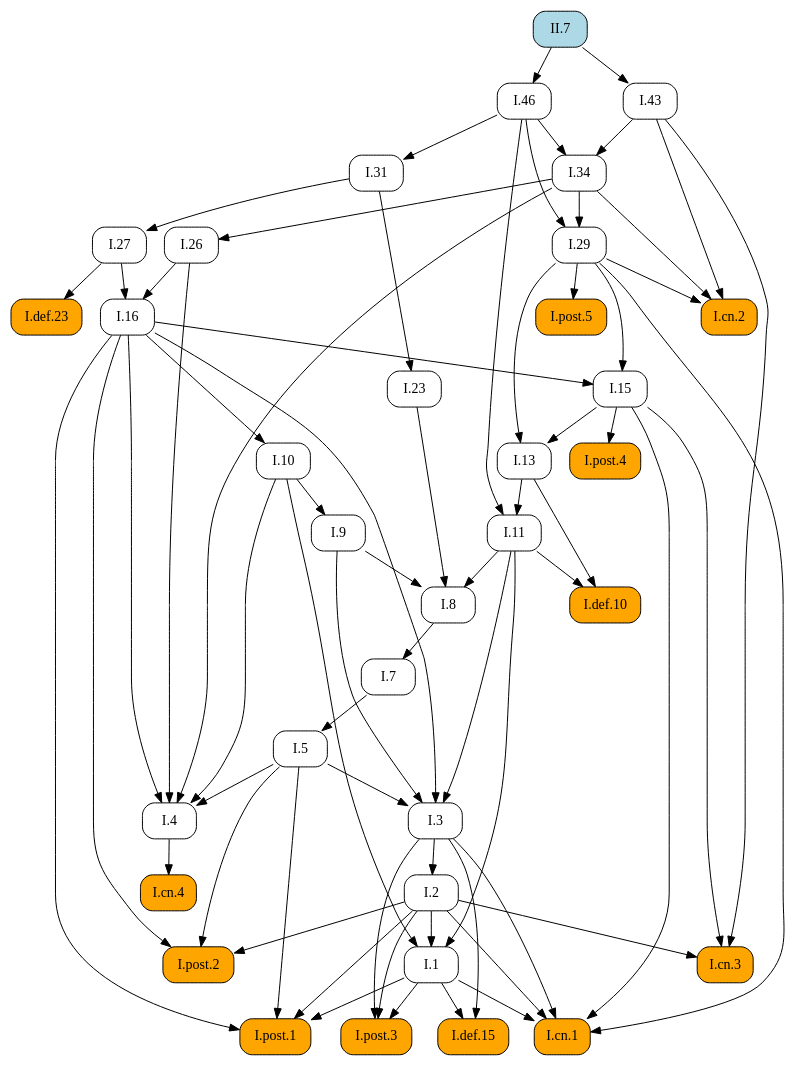
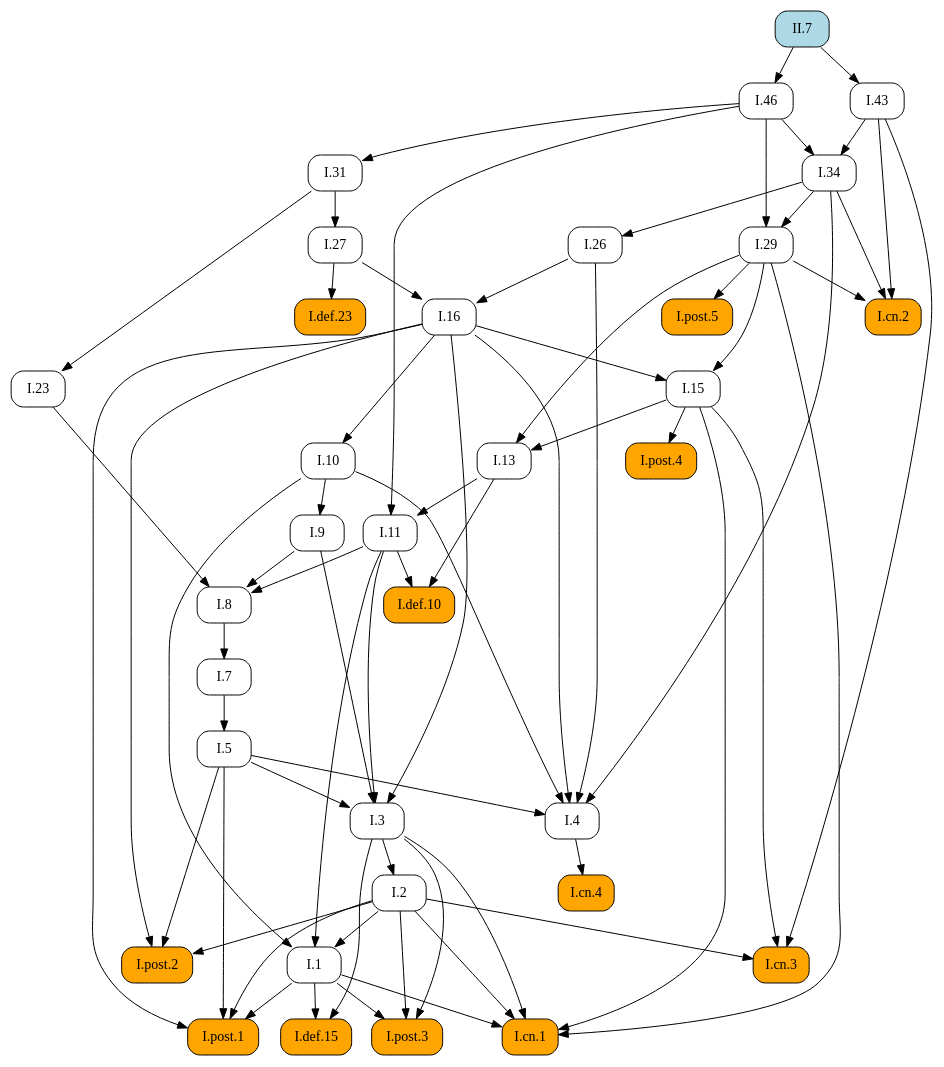
One commit to geometor/elements changed the diagram in docsrc/elements2/II/7/index.rst. Above: the diagram before and after it, drawn with Graphviz. The commit also changed other lines of this file and 409 other files, not shown here.

First line of the commit message:
feat: Add image cropping and graphic extraction script

```diff
--- a/docsrc/elements2/II/7/index.rst
+++ b/docsrc/elements2/II/7/index.rst
@@ -60,105 +60,105 @@
    digraph {
      rankdir="TB";
      node [shape=box, style=rounded];
+     "I.43" [URL="/elements2/I/43/", target="_top"];
+     "I.31" [URL="/elements2/I/31/", target="_top"];
      "I.8" [URL="/elements2/I/8/", target="_top"];
+     "I.15" [URL="/elements2/I/15/", target="_top"];
+     "I.5" [URL="/elements2/I/5/", target="_top"];
+     "I.26" [URL="/elements2/I/26/", target="_top"];
+     "I.cn.1" [style="rounded,filled", fillcolor=orange, URL="/elements2/I/cn.1/", target="_top"];
+     "I.7" [URL="/elements2/I/7/", target="_top"];
+     "I.23" [URL="/elements2/I/23/", target="_top"];
+     "I.16" [URL="/elements2/I/16/", target="_top"];
+     "I.34" [URL="/elements2/I/34/", target="_top"];
+     "I.def.15" [style="rounded,filled", fillcolor=orange, URL="/elements2/I/def.15/", target="_top"];
      "I.46" [URL="/elements2/I/46/", target="_top"];
+     "I.def.10" [style="rounded,filled", fillcolor=orange, URL="/elements2/I/def.10/", target="_top"];
+     "I.11" [URL="/elements2/I/11/", target="_top"];
+     "I.post.4" [style="rounded,filled", fillcolor=orange, URL="/elements2/I/post.4/", target="_top"];
+     "I.def.23" [style="rounded,filled", fillcolor=orange, URL="/elements2/I/def.23/", target="_top"];
+     "I.post.5" [style="rounded,filled", fillcolor=orange, URL="/elements2/I/post.5/", target="_top"];
+     "I.3" [URL="/elements2/I/3/", target="_top"];
+     "I.10" [URL="/elements2/I/10/", target="_top"];
+     "I.cn.3" [style="rounded,filled", fillcolor=orange, URL="/elements2/I/cn.3/", target="_top"];
+     "I.13" [URL="/elements2/I/13/", target="_top"];
+     "I.4" [URL="/elements2/I/4/", target="_top"];
+     "I.post.3" [style="rounded,filled", fillcolor=orange, URL="/elements2/I/post.3/", target="_top"];
+     "I.9" [URL="/elements2/I/9/", target="_top"];
+     "I.29" [URL="/elements2/I/29/", target="_top"];
+     "II.7" [style="rounded,filled", fillcolor=lightblue, URL="/elements2/II/7/", target="_top"];
      "I.post.1" [style="rounded,filled", fillcolor=orange, URL="/elements2/I/post.1/", target="_top"];
-     "I.5" [URL="/elements2/I/5/", target="_top"];
-     "I.post.5" [style="rounded,filled", fillcolor=orange, URL="/elements2/I/post.5/", target="_top"];
-     "I.def.10" [style="rounded,filled", fillcolor=orange, URL="/elements2/I/def.10/", target="_top"];
-     "I.cn.2" [style="rounded,filled", fillcolor=orange, URL="/elements2/I/cn.2/", target="_top"];
-     "I.def.15" [style="rounded,filled", fillcolor=orange, URL="/elements2/I/def.15/", target="_top"];
-     "I.31" [URL="/elements2/I/31/", target="_top"];
-     "I.11" [URL="/elements2/I/11/", target="_top"];
-     "I.43" [URL="/elements2/I/43/", target="_top"];
-     "I.3" [URL="/elements2/I/3/", target="_top"];
-     "I.def.23" [style="rounded,filled", fillcolor=orange, URL="/elements2/I/def.23/", target="_top"];
-     "I.post.2" [style="rounded,filled", fillcolor=orange, URL="/elements2/I/post.2/", target="_top"];
-     "I.26" [URL="/elements2/I/26/", target="_top"];
-     "I.cn.3" [style="rounded,filled", fillcolor=orange, URL="/elements2/I/cn.3/", target="_top"];
-     "I.1" [URL="/elements2/I/1/", target="_top"];
-     "I.cn.4" [style="rounded,filled", fillcolor=orange, URL="/elements2/I/cn.4/", target="_top"];
-     "II.7" [style="rounded,filled", fillcolor=lightblue, URL="/elements2/II/7/", target="_top"];
-     "I.7" [URL="/elements2/I/7/", target="_top"];
-     "I.9" [URL="/elements2/I/9/", target="_top"];
-     "I.cn.1" [style="rounded,filled", fillcolor=orange, URL="/elements2/I/cn.1/", target="_top"];
-     "I.29" [URL="/elements2/I/29/", target="_top"];
-     "I.16" [URL="/elements2/I/16/", target="_top"];
-     "I.post.4" [style="rounded,filled", fillcolor=orange, URL="/elements2/I/post.4/", target="_top"];
-     "I.13" [URL="/elements2/I/13/", target="_top"];
      "I.2" [URL="/elements2/I/2/", target="_top"];
      "I.27" [URL="/elements2/I/27/", target="_top"];
-     "I.4" [URL="/elements2/I/4/", target="_top"];
-     "I.10" [URL="/elements2/I/10/", target="_top"];
-     "I.15" [URL="/elements2/I/15/", target="_top"];
-     "I.34" [URL="/elements2/I/34/", target="_top"];
-     "I.23" [URL="/elements2/I/23/", target="_top"];
-     "I.post.3" [style="rounded,filled", fillcolor=orange, URL="/elements2/I/post.3/", target="_top"];
+     "I.1" [URL="/elements2/I/1/", target="_top"];
+     "I.cn.2" [style="rounded,filled", fillcolor=orange, URL="/elements2/I/cn.2/", target="_top"];
+     "I.cn.4" [style="rounded,filled", fillcolor=orange, URL="/elements2/I/cn.4/", target="_top"];
+     "I.post.2" [style="rounded,filled", fillcolor=orange, URL="/elements2/I/post.2/", target="_top"];
+     "II.7" -> "I.43";
+     "I.46" -> "I.31";
      "I.9" -> "I.8";
      "I.11" -> "I.8";
      "I.23" -> "I.8";
-     "II.7" -> "I.46";
-     "I.1" -> "I.post.1";
-     "I.2" -> "I.post.1";
-     "I.5" -> "I.post.1";
-     "I.16" -> "I.post.1";
+     "I.16" -> "I.15";
+     "I.29" -> "I.15";
      "I.7" -> "I.5";
-     "I.29" -> "I.post.5";
-     "I.11" -> "I.def.10";
-     "I.13" -> "I.def.10";
-     "I.29" -> "I.cn.2";
-     "I.34" -> "I.cn.2";
-     "I.43" -> "I.cn.2";
-     "I.1" -> "I.def.15";
-     "I.3" -> "I.def.15";
-     "I.46" -> "I.31";
-     "I.13" -> "I.11";
-     "I.46" -> "I.11";
-     "II.7" -> "I.43";
-     "I.5" -> "I.3";
-     "I.9" -> "I.3";
-     "I.11" -> "I.3";
-     "I.16" -> "I.3";
-     "I.27" -> "I.def.23";
-     "I.2" -> "I.post.2";
-     "I.5" -> "I.post.2";
-     "I.16" -> "I.post.2";
      "I.34" -> "I.26";
-     "I.2" -> "I.cn.3";
-     "I.15" -> "I.cn.3";
-     "I.43" -> "I.cn.3";
-     "I.2" -> "I.1";
-     "I.10" -> "I.1";
-     "I.11" -> "I.1";
-     "I.4" -> "I.cn.4";
-     "I.8" -> "I.7";
-     "I.10" -> "I.9";
      "I.1" -> "I.cn.1";
      "I.2" -> "I.cn.1";
      "I.3" -> "I.cn.1";
      "I.15" -> "I.cn.1";
      "I.29" -> "I.cn.1";
-     "I.34" -> "I.29";
-     "I.46" -> "I.29";
+     "I.8" -> "I.7";
+     "I.31" -> "I.23";
      "I.26" -> "I.16";
      "I.27" -> "I.16";
+     "I.43" -> "I.34";
+     "I.46" -> "I.34";
+     "I.1" -> "I.def.15";
+     "I.3" -> "I.def.15";
+     "II.7" -> "I.46";
+     "I.11" -> "I.def.10";
+     "I.13" -> "I.def.10";
+     "I.13" -> "I.11";
+     "I.46" -> "I.11";
      "I.15" -> "I.post.4";
+     "I.27" -> "I.def.23";
+     "I.29" -> "I.post.5";
+     "I.5" -> "I.3";
+     "I.9" -> "I.3";
+     "I.11" -> "I.3";
+     "I.16" -> "I.3";
+     "I.16" -> "I.10";
+     "I.2" -> "I.cn.3";
+     "I.15" -> "I.cn.3";
+     "I.43" -> "I.cn.3";
      "I.15" -> "I.13";
      "I.29" -> "I.13";
-     "I.3" -> "I.2";
-     "I.31" -> "I.27";
      "I.5" -> "I.4";
      "I.10" -> "I.4";
      "I.16" -> "I.4";
      "I.26" -> "I.4";
      "I.34" -> "I.4";
-     "I.16" -> "I.10";
-     "I.16" -> "I.15";
-     "I.29" -> "I.15";
-     "I.43" -> "I.34";
-     "I.46" -> "I.34";
-     "I.31" -> "I.23";
      "I.1" -> "I.post.3";
      "I.2" -> "I.post.3";
      "I.3" -> "I.post.3";
+     "I.10" -> "I.9";
+     "I.34" -> "I.29";
+     "I.46" -> "I.29";
+     "I.1" -> "I.post.1";
+     "I.2" -> "I.post.1";
+     "I.5" -> "I.post.1";
+     "I.16" -> "I.post.1";
+     "I.3" -> "I.2";
+     "I.31" -> "I.27";
+     "I.2" -> "I.1";
+     "I.10" -> "I.1";
+     "I.11" -> "I.1";
+     "I.29" -> "I.cn.2";
+     "I.34" -> "I.cn.2";
+     "I.43" -> "I.cn.2";
+     "I.4" -> "I.cn.4";
+     "I.2" -> "I.post.2";
+     "I.5" -> "I.post.2";
+     "I.16" -> "I.post.2";
    }
```
